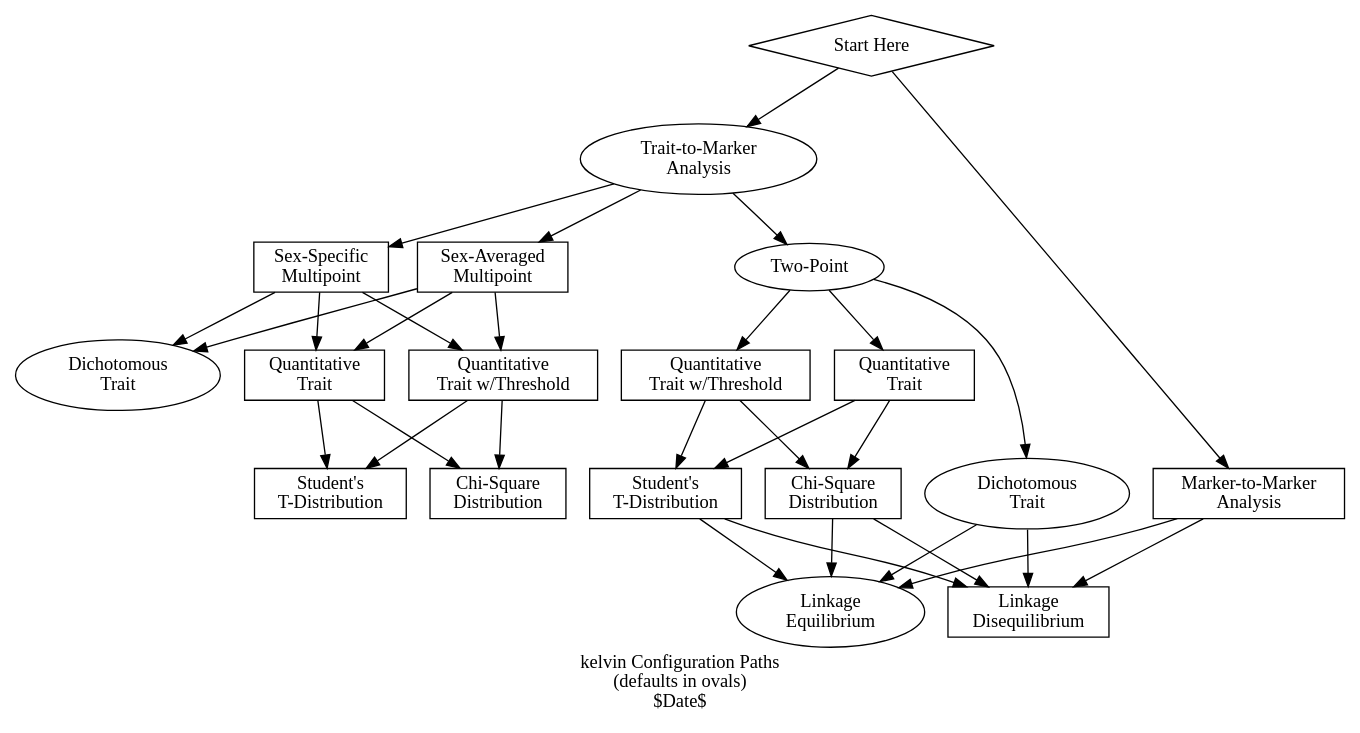
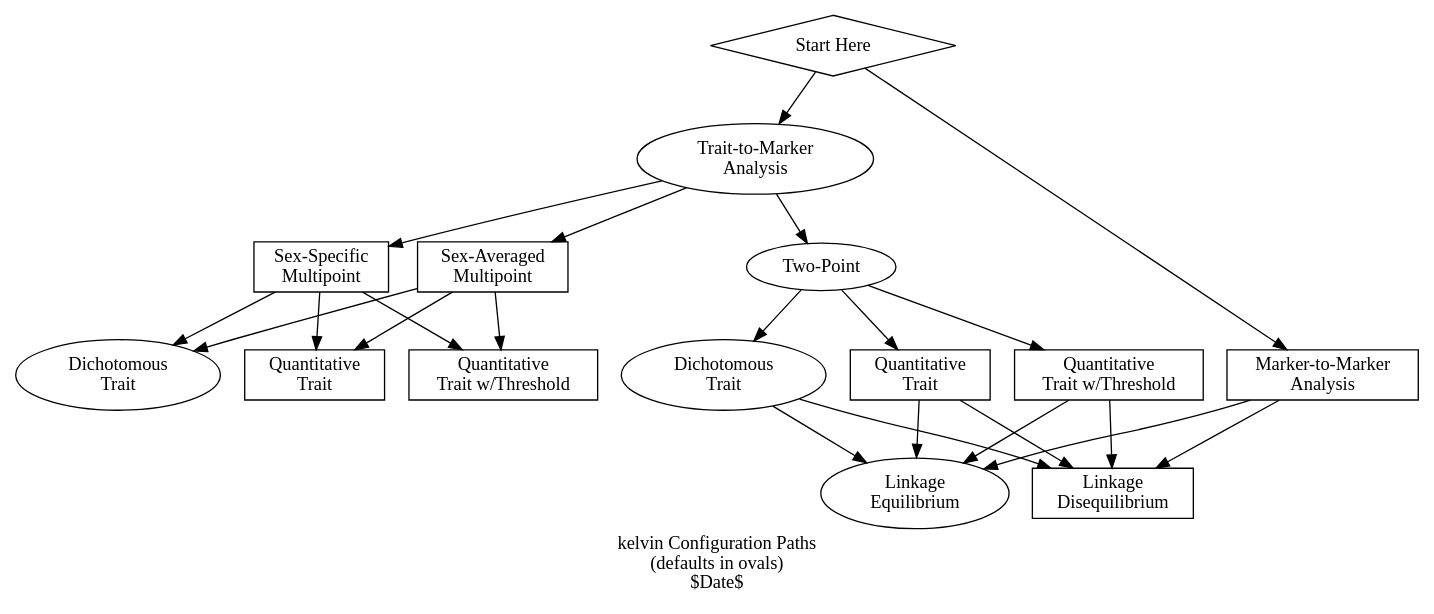
Before and after one commit to MathematicalMedicine/kelvin: the diagram in doc/config.dot, drawn with Graphviz.

Commit message:
No chi-square so don't mention any

```diff
--- a/doc/config.dot
+++ b/doc/config.dot
@@ -1,53 +1,57 @@
 digraph kelvin_conf {
 	label="kelvin Configuration Paths\n(defaults in ovals)\n$Date$"
 	"start" [shape=diamond, label="Start Here", height=.1, width=.1] ;
 	"MM" [shape=box, label="Marker-to-Marker\nAnalysis"] ;
 	"TM" [shape=ellipse, label="Trait-to-Marker\nAnalysis"] ;
 	"TP" [shape=ellipse, label="Two-Point"] ;
 	"DTTP" [shape=ellipse, label="Dichotomous\nTrait"] ;
 	"DTMP" [shape=ellipse, label="Dichotomous\nTrait"] ;
 	"LE" [shape=ellipse, label="Linkage\nEquilibrium\n"] ;
 	"SA" [shape=box, label="Sex-Averaged\nMultipoint"] ;
 	"SS" [shape=box, label="Sex-Specific\nMultipoint"] ;
 	"QTTP" [shape=box, label="Quantitative\nTrait"] ;
 	"QTMP" [shape=box, label="Quantitative\nTrait"] ;
 	"LD" [shape=box, label="Linkage\nDisequilibrium"] ;
 	"CTTP" [shape=box, label="Quantitative\nTrait w/Threshold"] ;
 	"CTMP"  [shape=box, label="Quantitative\nTrait w/Threshold"] ;
-	"CS" [shape=box, label="Chi-Square\nDistribution"] ;
-	"TD" [shape=box, label="Student's\nT-Distribution"] ;
-	"CSTP" [shape=box, label="Chi-Square\nDistribution"] ;
-	"TDTP" [shape=box, label="Student's\nT-Distribution"] ;
+#	"CS" [shape=box, label="Chi-Square\nDistribution"] ;
+#	"TD" [shape=box, label="Student's\nT-Distribution"] ;
+#	"CSTP" [shape=box, label="Chi-Square\nDistribution"] ;
+#	"TDTP" [shape=box, label="Student's\nT-Distribution"] ;
 
 	"start" -> "MM" ;
 	"start" -> "TM" ;
 	"MM" -> "LE" ;
 	"MM" -> "LD" ;
 	"TM" -> "TP" ;
 	"TM" -> "SA" ;
 	"TM" -> "SS" ;
 	"TP" -> "DTTP" ;
 	"TP" -> "QTTP" ;
 	"TP" -> "CTTP" ;
 	"SA" -> "DTMP" ;
 	"SA" -> "QTMP" ;
 	"SA" -> "CTMP" ;
 	"SS" -> "DTMP" ;
 	"SS" -> "QTMP" ;
 	"SS" -> "CTMP" ;
 	"DTTP" -> "LE" ;
 	"DTTP" -> "LD" ;
-	"CTTP" -> "CSTP" ;
-	"CTTP" -> "TDTP" ;
-	"QTTP" -> "CSTP" ;
-	"QTTP" -> "TDTP" ;
-	"QTMP" -> "CS" ;
-	"QTMP" -> "TD" ;
-	"CTMP" -> "CS" ;
-	"CTMP" -> "TD" ;
-	"CSTP" -> "LE" ;
-	"CSTP" -> "LD" ;
-	"TDTP" -> "LE" ;
-	"TDTP" -> "LD" ;
+#	"CTTP" -> "CSTP" ;
+#	"CTTP" -> "TDTP" ;
+#	"QTTP" -> "CSTP" ;
+#	"QTTP" -> "TDTP" ;
+	"CTTP" -> "LE" ;
+	"CTTP" -> "LD" ;
+	"QTTP" -> "LE" ;
+	"QTTP" -> "LD" ;
+#	"QTMP" -> "CS" ;
+#	"QTMP" -> "TD" ;
+#	"CTMP" -> "CS" ;
+#	"CTMP" -> "TD" ;
+#	"CSTP" -> "LE" ;
+#	"CSTP" -> "LD" ;
+#	"TDTP" -> "LE" ;
+#	"TDTP" -> "LD" ;
 
 }
```
